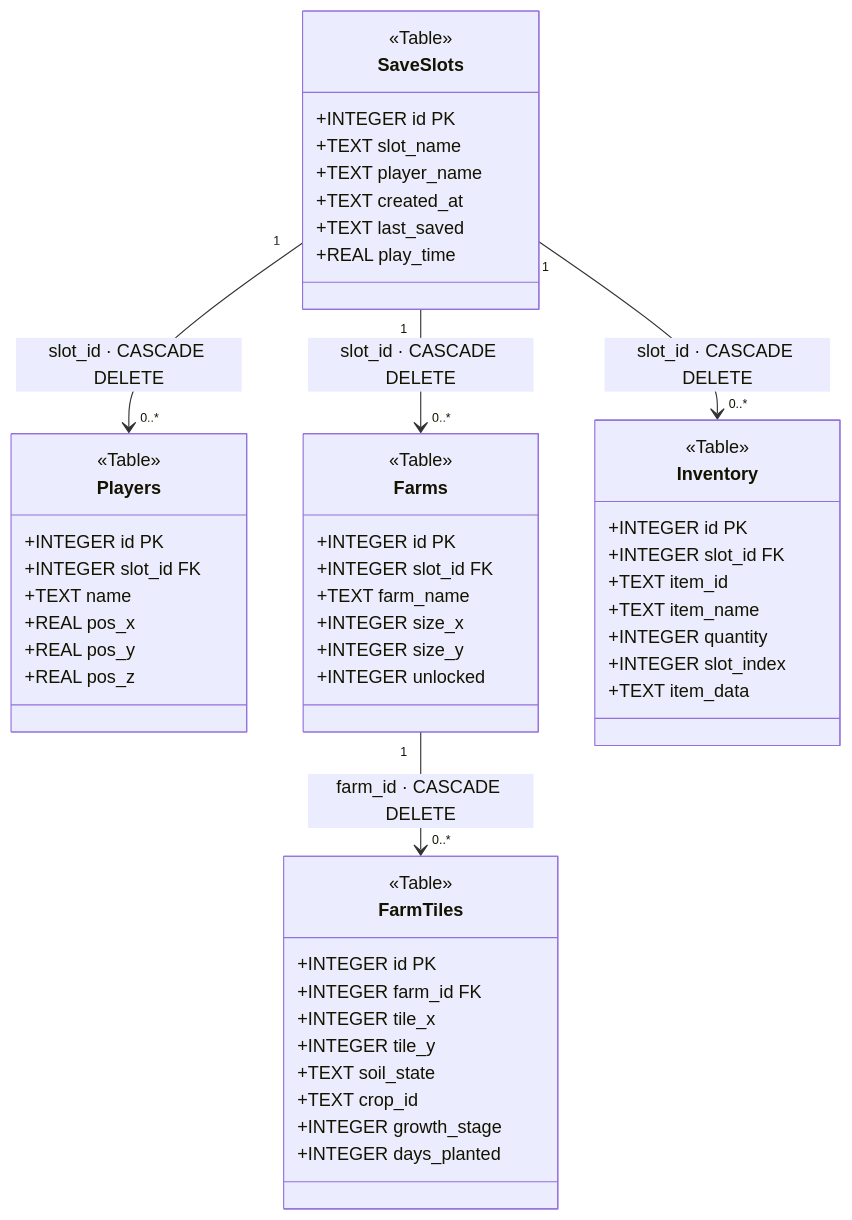
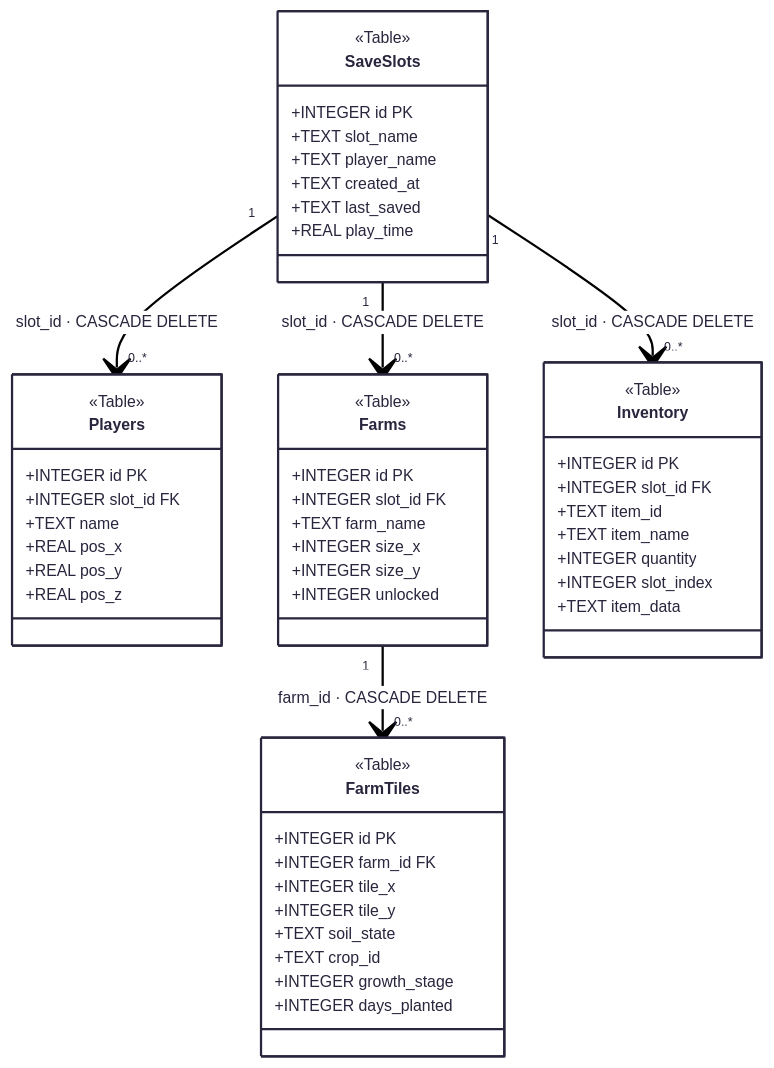
Before and after one commit to little-shiny/ShinyVillage: the diagram in docs/diagrams/relation.mmd, drawn with Mermaid. The commit also changed 5 other files, not shown here.

Commit message:
diagramas uml

```diff
--- a/docs/diagrams/relation.mmd
+++ b/docs/diagrams/relation.mmd
@@ -1,60 +1,64 @@
+---
+config:
+  theme: redux-color
+---
 classDiagram
     direction TB
 
     class SaveSlots["SaveSlots"] {
         <<Table>>
         +INTEGER id PK
         +TEXT slot_name
         +TEXT player_name
         +TEXT created_at
         +TEXT last_saved
         +REAL play_time
     }
 
     class Players["Players"] {
         <<Table>>
         +INTEGER id PK
         +INTEGER slot_id FK
         +TEXT name
         +REAL pos_x
         +REAL pos_y
         +REAL pos_z
     }
 
     class Farms["Farms"] {
         <<Table>>
         +INTEGER id PK
         +INTEGER slot_id FK
         +TEXT farm_name
         +INTEGER size_x
         +INTEGER size_y
         +INTEGER unlocked
     }
 
     class FarmTiles["FarmTiles"] {
         <<Table>>
         +INTEGER id PK
         +INTEGER farm_id FK
         +INTEGER tile_x
         +INTEGER tile_y
         +TEXT soil_state
         +TEXT crop_id
         +INTEGER growth_stage
         +INTEGER days_planted
     }
 
     class Inventory["Inventory"] {
         <<Table>>
         +INTEGER id PK
         +INTEGER slot_id FK
         +TEXT item_id
         +TEXT item_name
         +INTEGER quantity
         +INTEGER slot_index
         +TEXT item_data
     }
 
     SaveSlots "1" --> "0..*" Players   : slot_id · CASCADE DELETE
     SaveSlots "1" --> "0..*" Farms     : slot_id · CASCADE DELETE
     SaveSlots "1" --> "0..*" Inventory : slot_id · CASCADE DELETE
     Farms     "1" --> "0..*" FarmTiles : farm_id · CASCADE DELETE
```
